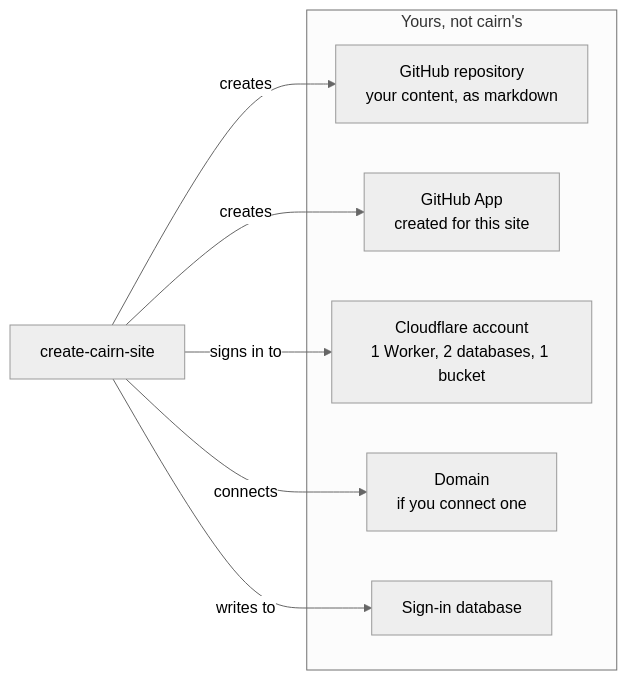
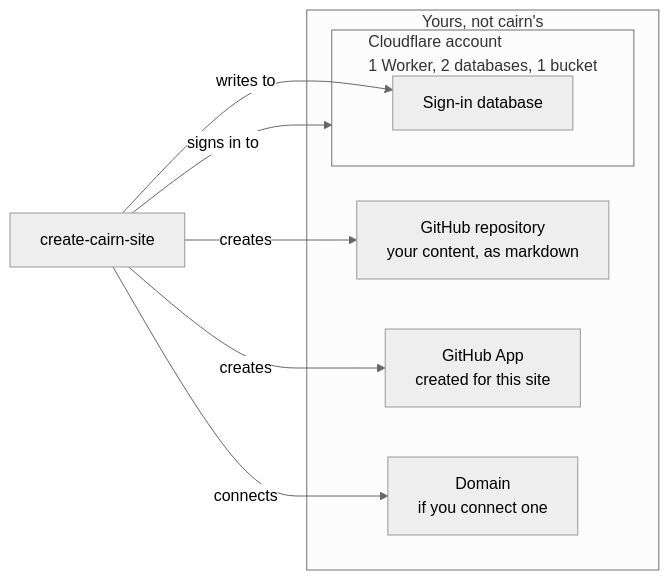
One commit to glw907/cairn-cms changed the diagram in docs/admin/before-you-start.md. Above: the diagram before and after it, drawn with Mermaid (neutral theme). The commit also changed other lines of this file and 11 other files, not shown here.

````diff
--- a/docs/admin/before-you-start.md
+++ b/docs/admin/before-you-start.md
@@ -7,21 +7,22 @@
 ```mermaid
 flowchart LR
   accTitle: Diagram of create-cairn-site connecting five assets you own
-  accDescr: create-cairn-site builds and connects five things without owning any of them. It creates a GitHub repository holding your content and a GitHub App scoped to this one site, signs in to a Cloudflare account of your own rather than creating one, connects a domain if you choose to add one, and writes a database of who can sign in. All five stay yours.
+  accDescr: create-cairn-site sits outside a group of five assets it creates or connects: the GitHub repository, the GitHub App, the Cloudflare account it signs in to rather than creates, a domain if you add one, and the sign-in database. The group is labeled as yours, not cairn's.
 
   tool["create-cairn-site"]
 
   subgraph yours["Yours, not cairn's"]
     repo["GitHub repository<br/>your content, as markdown"]
     app["GitHub App<br/>created for this site"]
-    cf["Cloudflare account<br/>1 Worker, 2 databases, 1 bucket"]
     domain["Domain<br/>if you connect one"]
-    authdb["Sign-in database"]
+    subgraph cf["Cloudflare account<br/>1 Worker, 2 databases, 1 bucket"]
+      authdb["Sign-in database"]
+    end
   end
 
   tool -->|creates| repo
   tool -->|creates| app
   tool -->|signs in to| cf
   tool -->|connects| domain
   tool -->|writes to| authdb
 ```
````
